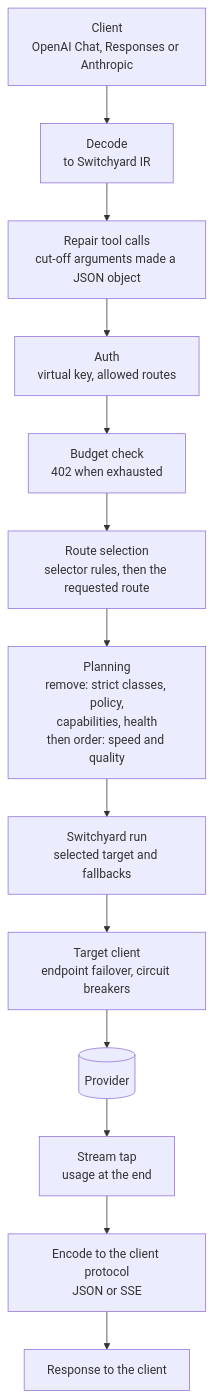
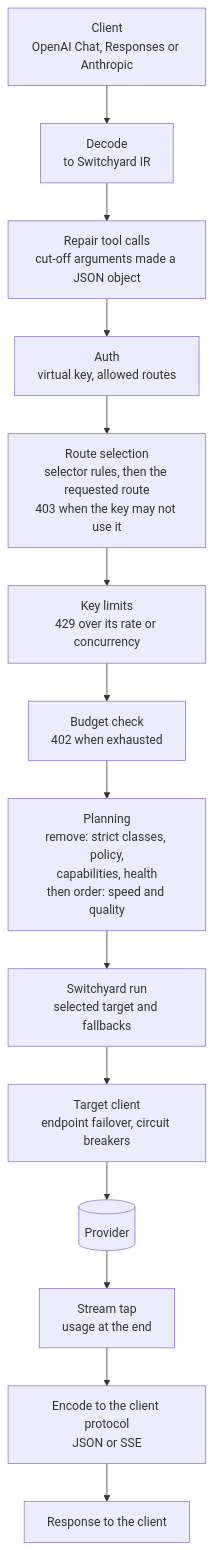
The first of 4 diagrams in docs/architecture.md (gschaetz/humpyard), drawn with Mermaid before and after one commit. The commit also changed other lines of this file and 1 other file, not shown here.

Commit message:
docs(architecture): the limiter and the order of checks (add-key-rate-limits 3.2, 3.3) (#246)

````diff
--- a/docs/architecture.md
+++ b/docs/architecture.md
@@ -90,15 +91,16 @@
 ```mermaid
 flowchart TD
     CL[Client<br/>OpenAI Chat, Responses or Anthropic] --> API[Decode<br/>to Switchyard IR]
     API --> REP[Repair tool calls<br/>cut-off arguments made a JSON object]
     REP --> AUTH[Auth<br/>virtual key, allowed routes]
-    AUTH --> BUD[Budget check<br/>402 when exhausted]
-    BUD --> SEL[Route selection<br/>selector rules, then the requested route]
-    SEL --> PLAN[Planning<br/>remove: strict classes, policy,<br/>capabilities, health<br/>then order: speed and quality]
+    AUTH --> SEL[Route selection<br/>selector rules, then the requested route<br/>403 when the key may not use it]
+    SEL --> LIM[Key limits<br/>429 over its rate or concurrency]
+    LIM --> BUD[Budget check<br/>402 when exhausted]
+    BUD --> PLAN[Planning<br/>remove: strict classes, policy,<br/>capabilities, health<br/>then order: speed and quality]
     PLAN --> RUN[Switchyard run<br/>selected target and fallbacks]
     RUN --> TC[Target client<br/>endpoint failover, circuit breakers]
     TC --> PRV[(Provider)]
     PRV --> TAP[Stream tap<br/>usage at the end]
     TAP --> ENC[Encode to the client protocol<br/>JSON or SSE]
     ENC --> OUT[Response to the client]
 ```
````
